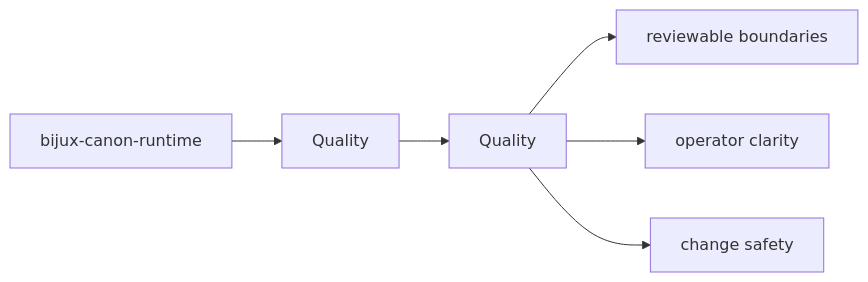
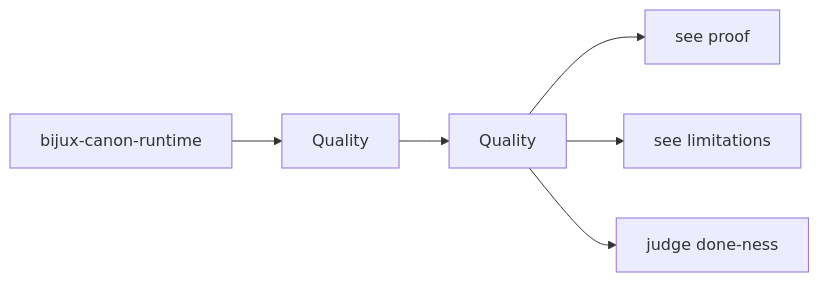
The first of 2 diagrams in docs/bijux-canon-runtime/quality/index.md (bijux/bijux-canon), drawn with Mermaid before and after one commit. The commit also changed other lines of this file and 250 other files, not shown here.

Commit message:
docs(diagrams): make product page maps more readable

````diff
--- a/docs/bijux-canon-runtime/quality/index.md
+++ b/docs/bijux-canon-runtime/quality/index.md
@@ -20,11 +20,11 @@
 ```mermaid
 flowchart LR
     scope["bijux-canon-runtime"] --> section["Quality"]
     section --> page["Quality"]
-    dest1["reviewable boundaries"]
-    dest2["operator clarity"]
-    dest3["change safety"]
+    dest1["see proof"]
+    dest2["see limitations"]
+    dest3["judge done-ness"]
     page --> dest1
     page --> dest2
     page --> dest3
 ```
````
